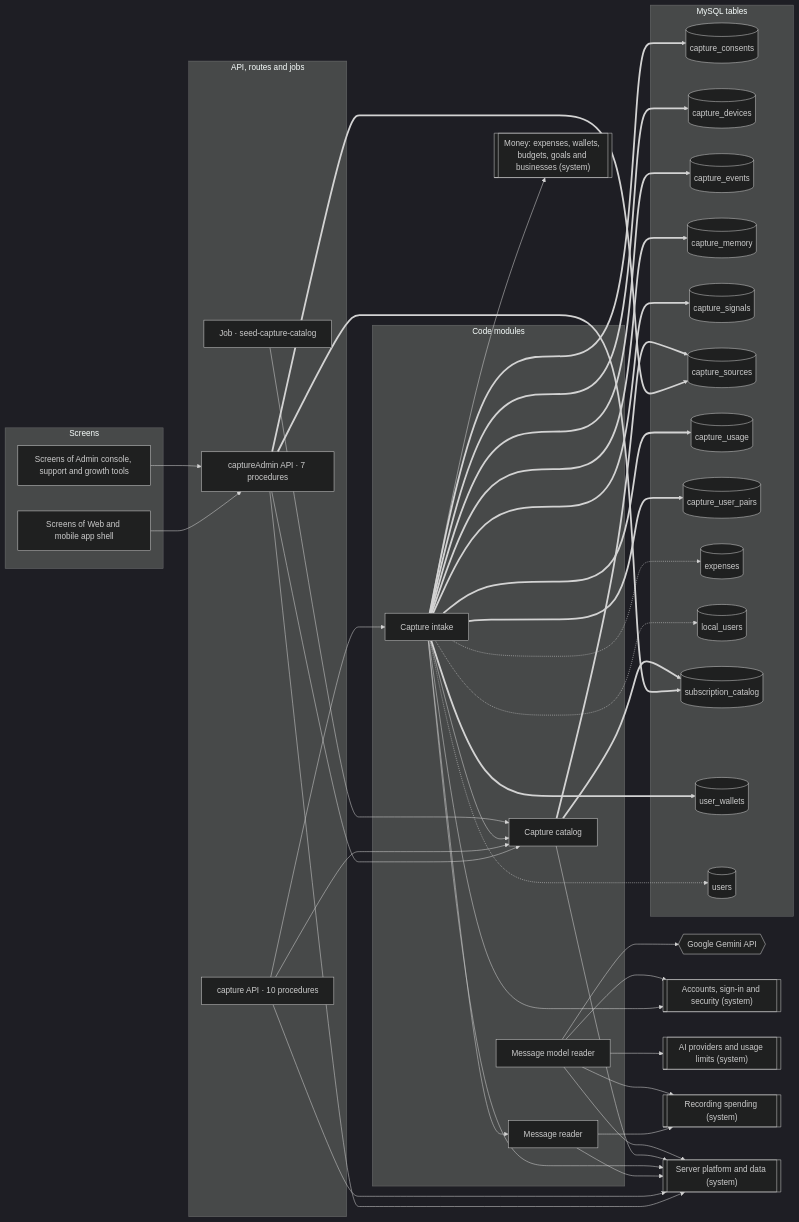
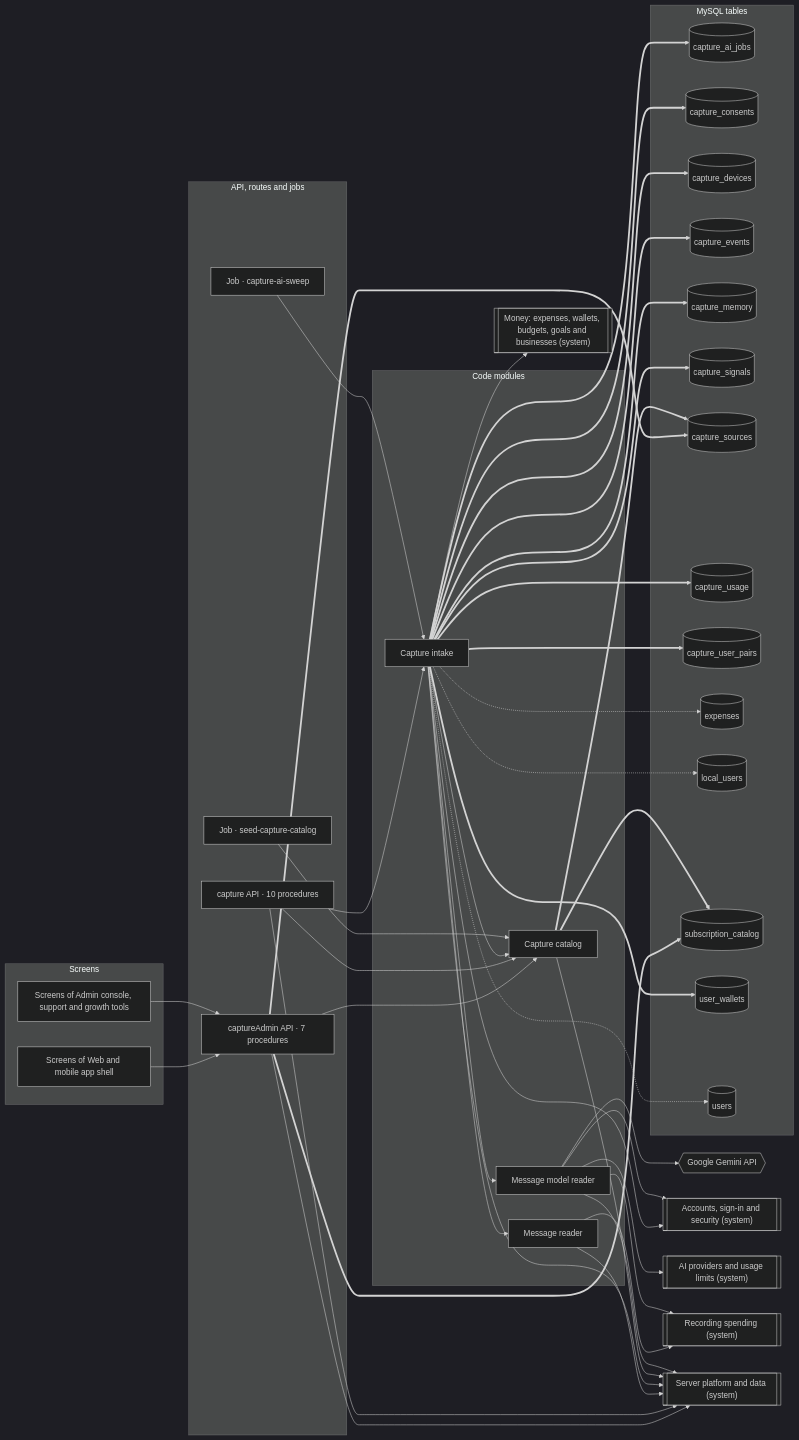
Before and after one commit to mahmoudtaherr111/smartspend_mini_all: the diagram in docs/atlas/systems/bank-messages.md, drawn with Mermaid (dark theme). The commit also changed other lines of this file and 52 other files, not shown here.

First line of the commit message:
feat(capture): the model reads what the reader is unsure of, from a queue, and asks

````diff
--- a/docs/atlas/systems/bank-messages.md
+++ b/docs/atlas/systems/bank-messages.md
@@ -13,75 +13,80 @@
 ```mermaid
 flowchart LR
   subgraph g_screens["Screens"]
     screens_admin["Screens of Admin console, support and growth tools"]
     screens_web_app["Screens of Web and mobile app shell"]
   end
   subgraph g_api["API, routes and jobs"]
+    job_capture_ai_sweep["Job · capture-ai-sweep"]
     job_seed_capture_catalog["Job · seed-capture-catalog"]
     router_captureAdmin["captureAdmin API · 7 procedures"]
     router_capture["capture API · 10 procedures"]
   end
   subgraph g_modules["Code modules"]
     mod_capture_ai_reader["Message model reader"]
     mod_capture_catalog["Capture catalog"]
     mod_capture_intake["Capture intake"]
     mod_capture_reader["Message reader"]
   end
   subgraph g_tables["MySQL tables"]
+    tbl_capture_ai_jobs[("capture_ai_jobs")]
     tbl_capture_consents[("capture_consents")]
     tbl_capture_devices[("capture_devices")]
     tbl_capture_events[("capture_events")]
     tbl_capture_memory[("capture_memory")]
     tbl_capture_signals[("capture_signals")]
     tbl_capture_sources[("capture_sources")]
     tbl_capture_usage[("capture_usage")]
     tbl_capture_user_pairs[("capture_user_pairs")]
     tbl_expenses[("expenses")]
     tbl_local_users[("local_users")]
     tbl_subscription_catalog[("subscription_catalog")]
     tbl_user_wallets[("user_wallets")]
     tbl_users[("users")]
   end
   ext_gemini{{"Google Gemini API"}}
   sys_accounts[["Accounts, sign-in and security (system)"]]
   sys_ai_platform[["AI providers and usage limits (system)"]]
   sys_expense_capture[["Recording spending (system)"]]
   sys_money[["Money: expenses, wallets, budgets, goals and businesses (system)"]]
   sys_platform[["Server platform and data (system)"]]
+  job_capture_ai_sweep --> mod_capture_intake
   job_seed_capture_catalog --> mod_capture_catalog
   mod_capture_ai_reader --> ext_gemini
   mod_capture_ai_reader --> sys_accounts
   mod_capture_ai_reader --> sys_ai_platform
   mod_capture_ai_reader --> sys_expense_capture
   mod_capture_ai_reader --> sys_platform
   mod_capture_catalog --> sys_platform
   mod_capture_catalog ==> tbl_capture_sources
   mod_capture_catalog ==> tbl_subscription_catalog
+  mod_capture_intake --> mod_capture_ai_reader
   mod_capture_intake --> mod_capture_catalog
   mod_capture_intake --> mod_capture_reader
   mod_capture_intake --> sys_accounts
   mod_capture_intake --> sys_money
   mod_capture_intake --> sys_platform
   mod_capture_intake -.-> tbl_expenses
   mod_capture_intake -.-> tbl_local_users
   mod_capture_intake -.-> tbl_users
+  mod_capture_intake ==> tbl_capture_ai_jobs
   mod_capture_intake ==> tbl_capture_consents
   mod_capture_intake ==> tbl_capture_devices
   mod_capture_intake ==> tbl_capture_events
   mod_capture_intake ==> tbl_capture_memory
   mod_capture_intake ==> tbl_capture_signals
   mod_capture_intake ==> tbl_capture_usage
   mod_capture_intake ==> tbl_capture_user_pairs
   mod_capture_intake ==> tbl_user_wallets
   mod_capture_reader --> sys_expense_capture
   mod_capture_reader --> sys_platform
   router_capture --> mod_capture_catalog
   router_capture --> mod_capture_intake
   router_capture --> sys_platform
   router_captureAdmin --> mod_capture_catalog
   router_captureAdmin --> sys_platform
   router_captureAdmin ==> tbl_capture_sources
   router_captureAdmin ==> tbl_subscription_catalog
   screens_admin --> router_captureAdmin
   screens_web_app --> router_captureAdmin
 ```
````
